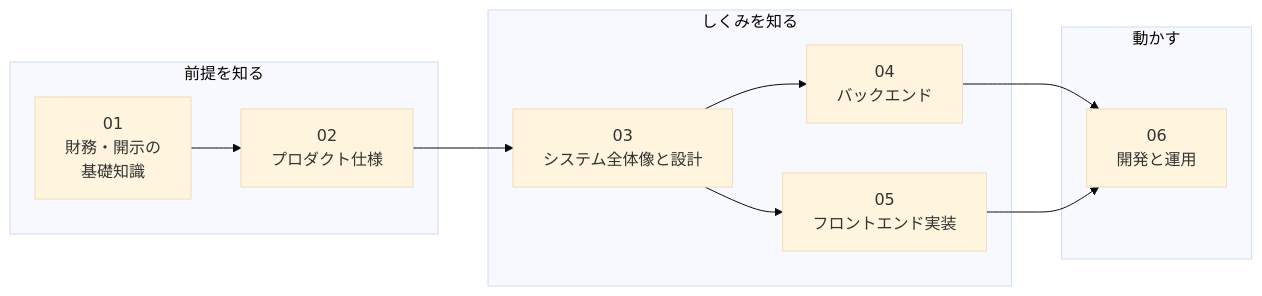
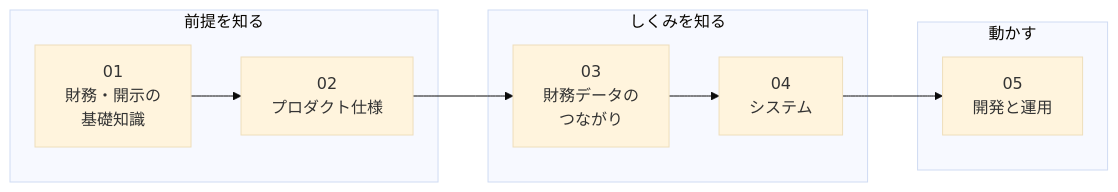
Before and after one commit to shin4488/financial-statement: the diagram in docs/guide/README.md, drawn with Mermaid (base theme). The commit also changed other lines of this file and 13 other files, not shown here.

````diff
--- a/docs/guide/README.md
+++ b/docs/guide/README.md
@@ -7,16 +7,14 @@
 ```mermaid
 flowchart LR
     subgraph P["前提を知る"]
         A["01<br>財務・開示の<br>基礎知識"] --> B["02<br>プロダクト仕様"]
     end
     subgraph S["しくみを知る"]
-        D["03<br>システム全体像と設計"] --> E["04<br>バックエンド"]
-        D --> F["05<br>フロントエンド実装"]
+        D["03<br>財務データの<br>つながり"] --> E["04<br>システム"]
     end
     subgraph U["動かす"]
-        G["06<br>開発と運用"]
+        G["05<br>開発と運用"]
     end
     B --> D
     E --> G
-    F --> G
 ```
````
